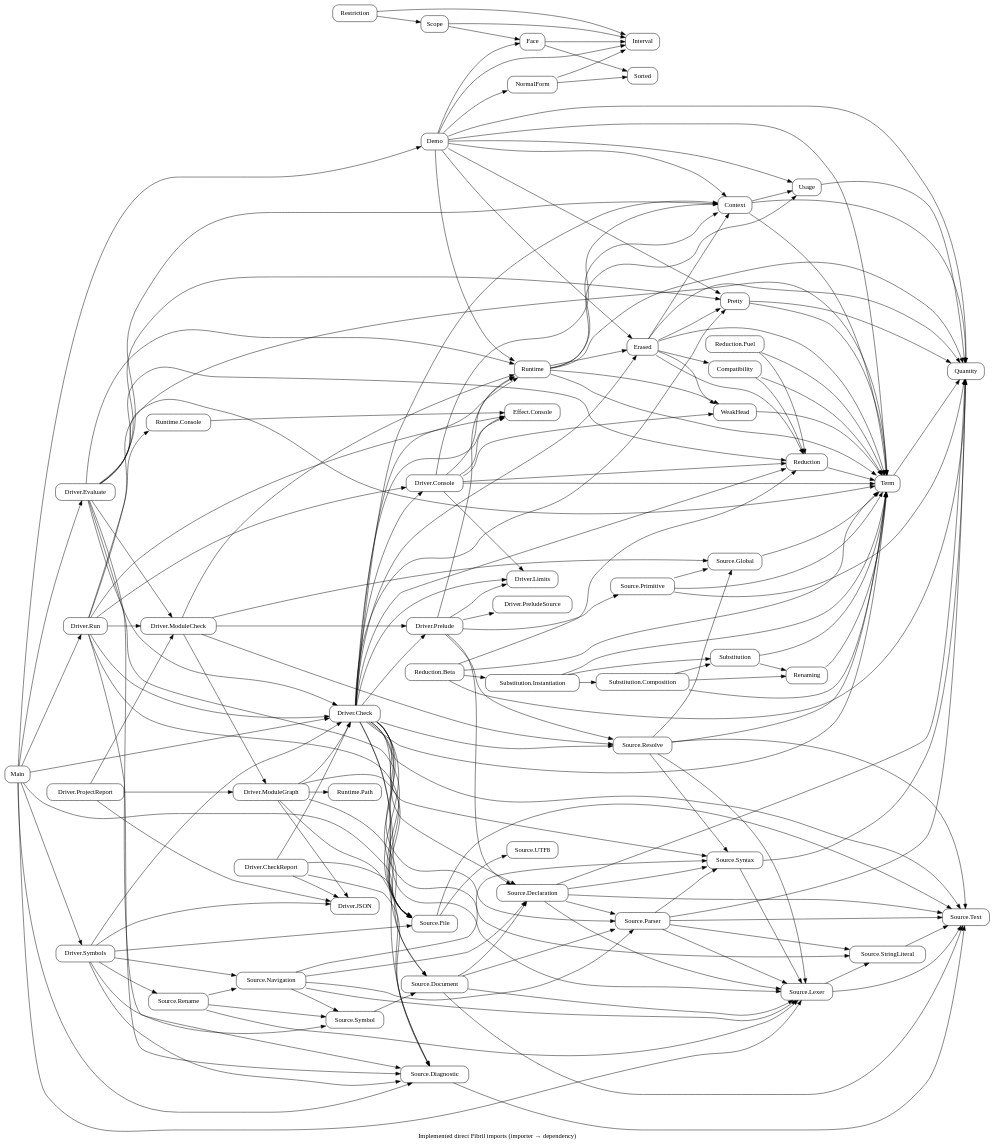
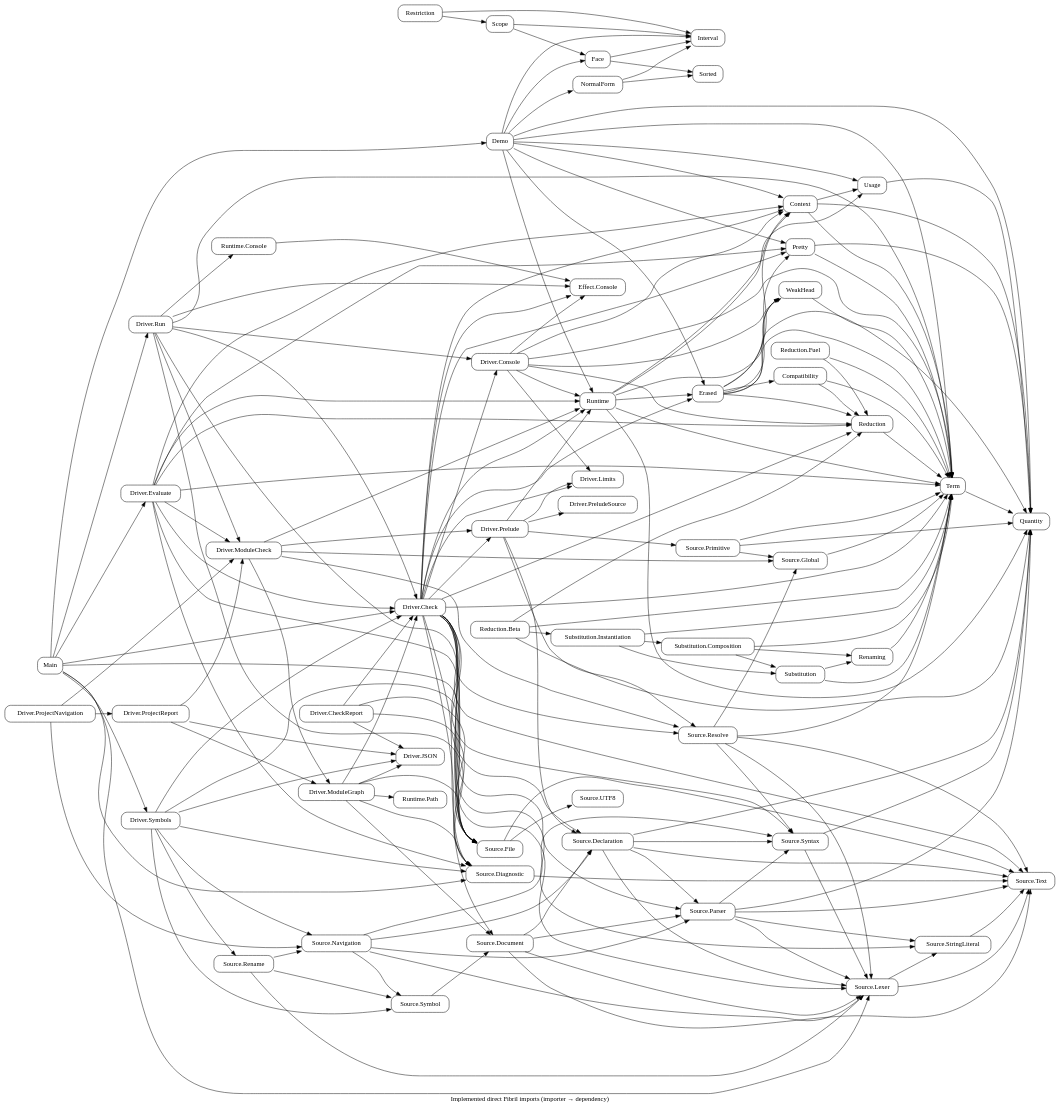
One commit to odunboye/fibril changed the diagram in docs/diagrams/modules.dot. Above: the diagram before and after it, drawn with Graphviz. The commit also changed 12 other files, not shown here.

Commit message:
Locate checked project definitions with source-aware targets

```diff
--- a/docs/diagrams/modules.dot
+++ b/docs/diagrams/modules.dot
@@ -1,54 +1,55 @@
 digraph Modules {
 rankdir=LR; node [shape=box,style=rounded];
 "Source.File" -> {"Source.UTF8" "Source.Text"};
 Main -> {"Source.File" "Source.Lexer" "Source.Diagnostic"};
 "Source.Diagnostic" -> "Source.Text";
 "Source.Declaration" -> {Quantity "Source.Text" "Source.Lexer" "Source.Syntax" "Source.Parser"};
 "Source.Lexer" -> {"Source.Text" "Source.StringLiteral"};
 "Source.StringLiteral" -> "Source.Text";
 "Driver.Console" -> {Context Term Runtime Reduction WeakHead "Effect.Console" "Driver.Limits"};
 "Runtime.Console" -> "Effect.Console";
 "Driver.Run" -> {Term "Source.File" "Source.Diagnostic" "Effect.Console" "Runtime.Console" "Driver.Check" "Driver.Console"};
 "Source.Syntax" -> {Quantity "Source.Lexer"};
 "Source.Parser" -> {Quantity "Source.Text" "Source.Lexer" "Source.Syntax" "Source.StringLiteral"};
 "Source.Resolve" -> {Term "Source.Text" "Source.Lexer" "Source.Syntax" "Source.Global"};
 "Driver.Check" -> {"Source.Text" "Source.Lexer" "Source.Syntax" "Source.Parser" "Source.Declaration" "Source.StringLiteral" "Source.Resolve" "Source.File" "Source.Diagnostic" Term Context Pretty Erased Runtime "Driver.Console" "Effect.Console"};
 "Driver.Prelude" -> {Runtime "Source.Declaration" "Source.Resolve" "Source.Primitive" "Driver.PreludeSource" "Driver.Limits"};
 "Source.Primitive" -> {"Source.Global" Term Quantity};
 "Source.Global" -> Term;
 "Driver.Check" -> {"Driver.Prelude" "Driver.Limits" Reduction};
 "Source.Rename" -> {"Source.Navigation" "Source.Symbol" "Source.Lexer"};
 "Driver.Symbols" -> {"Source.Rename" "Driver.JSON"};
 "Driver.CheckReport" -> {"Driver.Check" "Driver.JSON" "Source.File" "Source.Diagnostic"};
 "Source.Navigation" -> {"Source.Symbol" "Source.Declaration" "Source.Parser" "Source.Lexer" "Source.Syntax"};
 "Driver.Symbols" -> "Source.Navigation";
 "Driver.Evaluate" -> "Driver.ModuleCheck";
 "Driver.Run" -> "Driver.ModuleCheck";
+"Driver.ProjectNavigation" -> {"Driver.ModuleCheck" "Source.Navigation" "Driver.ProjectReport"};
 "Driver.ProjectReport" -> {"Driver.ModuleCheck" "Driver.ModuleGraph" "Driver.JSON"};
 "Driver.ModuleCheck" -> {"Driver.ModuleGraph" "Driver.Prelude" "Source.Resolve" Runtime "Source.Global"};
 "Driver.ModuleGraph" -> {"Runtime.Path" "Source.Document" "Source.File" "Source.Diagnostic" "Driver.JSON" "Driver.Check"};
 "Source.Document" -> {"Source.Declaration" "Source.Parser" "Source.Lexer" "Source.Text"};
 "Source.Symbol" -> "Source.Document";
 "Driver.Check" -> "Source.Document";
 "Driver.Symbols" -> {"Source.Symbol" "Driver.Check" "Source.File" "Source.Diagnostic"};
 Main -> {"Driver.Symbols" "Driver.Check" "Driver.Evaluate" "Driver.Run"};
 "Driver.Evaluate" -> {Context Term Pretty Reduction Runtime "Source.File" "Source.Diagnostic" "Driver.Check"};
 Quantity; Interval; NormalForm; Face; Scope; Restriction; Term;
 NormalForm -> {Interval Sorted}; Face -> {Interval Sorted};
 Scope -> {Interval Face}; Restriction -> {Interval Scope};
 Demo -> {Quantity Term Context Usage Pretty Erased Runtime Interval NormalForm Face};
 Main -> Demo;
 Pretty -> {Quantity Term};
 Term -> Quantity; Usage -> Quantity; Context -> {Quantity Term Usage};
 Reduction -> Term; WeakHead -> Term;
 Compatibility -> {Term Reduction};
 Renaming -> Term;
 Substitution -> {Term Renaming};
 "Substitution.Composition" -> {Term Renaming Substitution};
 "Substitution.Instantiation" -> {Term Substitution "Substitution.Composition"};
 "Reduction.Beta" -> {Quantity Term Reduction "Substitution.Instantiation"};
 "Reduction.Fuel" -> {Term Reduction};
 Erased -> {Quantity Term Pretty Context Compatibility WeakHead Reduction};
 Runtime -> {Quantity Term Context Usage WeakHead Erased};
 label="Implemented direct Fibril imports (importer → dependency)";
 }
```
